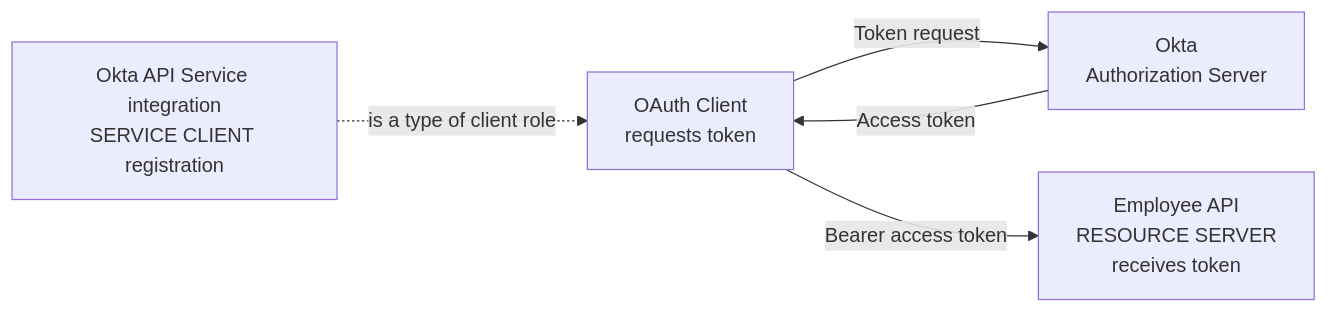
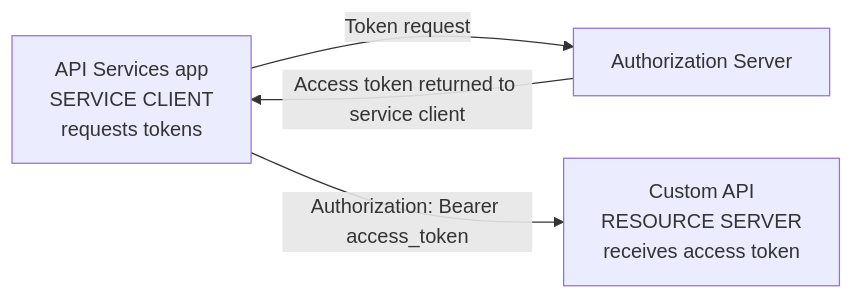
Before and after one commit to TedxHarry/OAuth-OIDC: the eighth of 9 diagrams in diagrams/day-06-app-types-client-auth.md, drawn with Mermaid. The commit also changed other lines of this file, not shown here.

Commit message:
Clarify Day 6 service-client diagrams

```diff
--- a/diagrams/day-06-app-types-client-auth.md
+++ b/diagrams/day-06-app-types-client-auth.md
@@ -181,14 +181,10 @@
 ~~~mermaid
 flowchart LR
-    CLIENT["OAuth Client<br/>requests token"]
-    OKTA["Okta<br/>Authorization Server"]
-    RESOURCE["Employee API<br/>RESOURCE SERVER<br/>receives token"]
+    SVC["API Services app<br/>SERVICE CLIENT<br/>requests tokens"]
+    AS["Authorization Server"]
+    RESOURCE["Custom API<br/>RESOURCE SERVER<br/>receives access token"]
 
-    CLIENT -->|Token request| OKTA
-    OKTA -->|Access token| CLIENT
-    CLIENT -->|Bearer access token| RESOURCE
-
-    APISVC["Okta API Service integration<br/>SERVICE CLIENT registration"]
-
-    APISVC -. is a type of client role .-> CLIENT
+    SVC -->|Token request| AS
+    AS -->|Access token returned to service client| SVC
+    SVC -->|Authorization: Bearer access_token| RESOURCE
 ~~~
```
